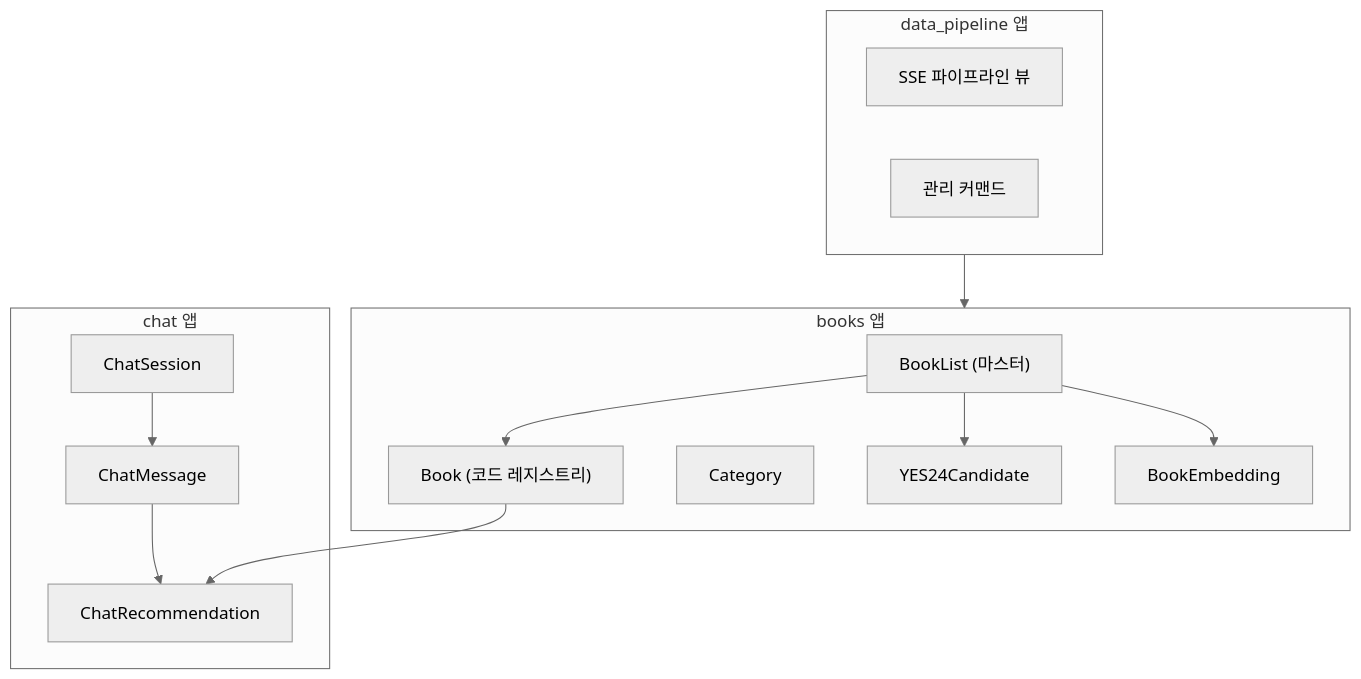
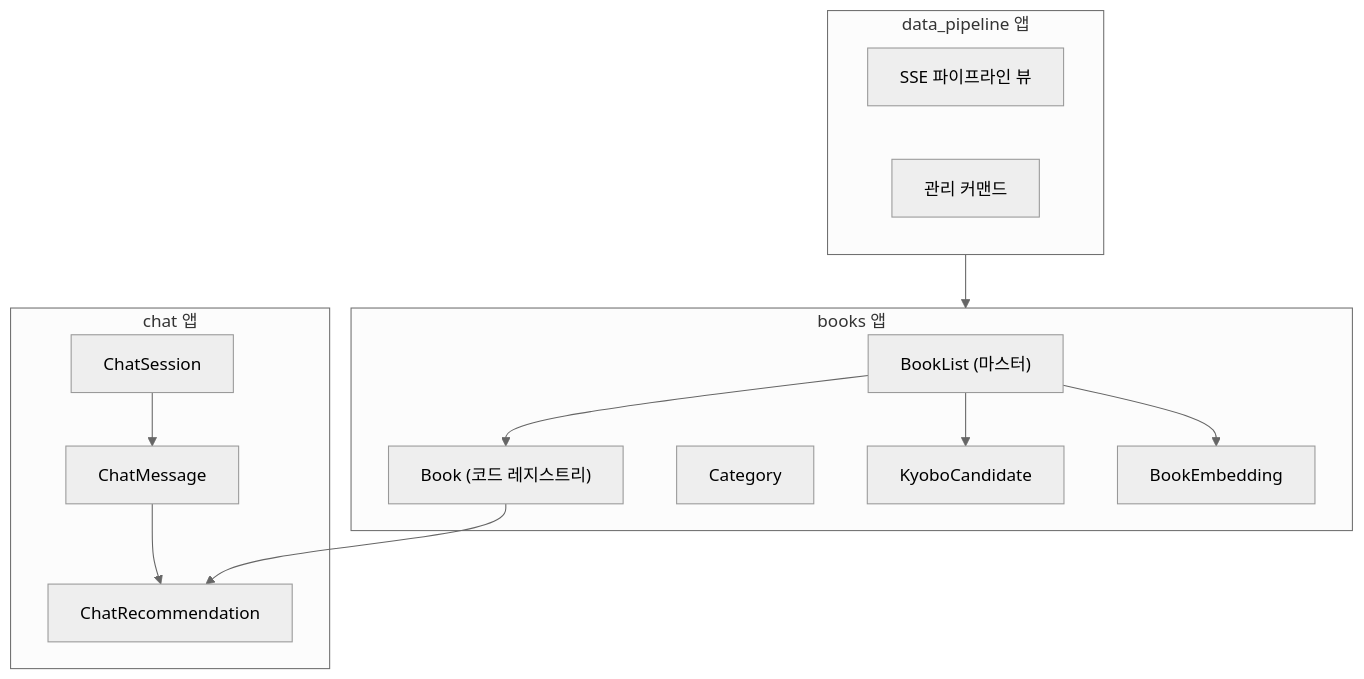
The second of 7 diagrams in docs/architecture.md (khs980714/READ-ME), drawn with Mermaid (neutral theme) before and after one commit. The commit also changed other lines of this file and 18 other files, not shown here.

````diff
--- a/docs/architecture.md
+++ b/docs/architecture.md
@@ -42,29 +42,29 @@
 ```mermaid
 graph TD
     subgraph books["books 앱"]
         BookList["BookList (마스터)"]
         Book["Book (코드 레지스트리)"]
         Category["Category"]
-        YES24["YES24Candidate"]
+        Kyobo["KyoboCandidate"]
         Embedding["BookEmbedding"]
     end
 
     subgraph chat["chat 앱"]
         Session["ChatSession"]
         Message["ChatMessage"]
         Rec["ChatRecommendation"]
     end
 
     subgraph pipeline["data_pipeline 앱"]
         PipelineView["SSE 파이프라인 뷰"]
         Commands["관리 커맨드"]
     end
 
     BookList --> Book
     BookList --> Embedding
-    BookList --> YES24
+    BookList --> Kyobo
     Session --> Message
     Message --> Rec
     Book --> Rec
     pipeline --> books
 ```
````
